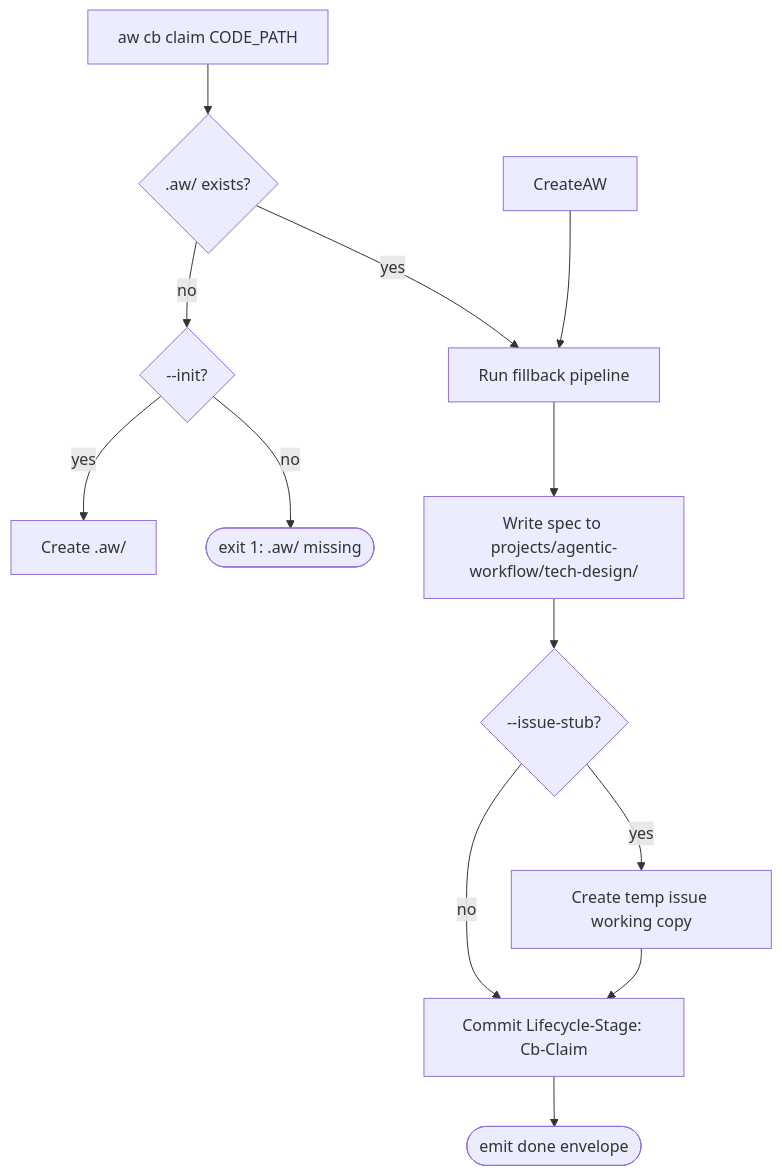
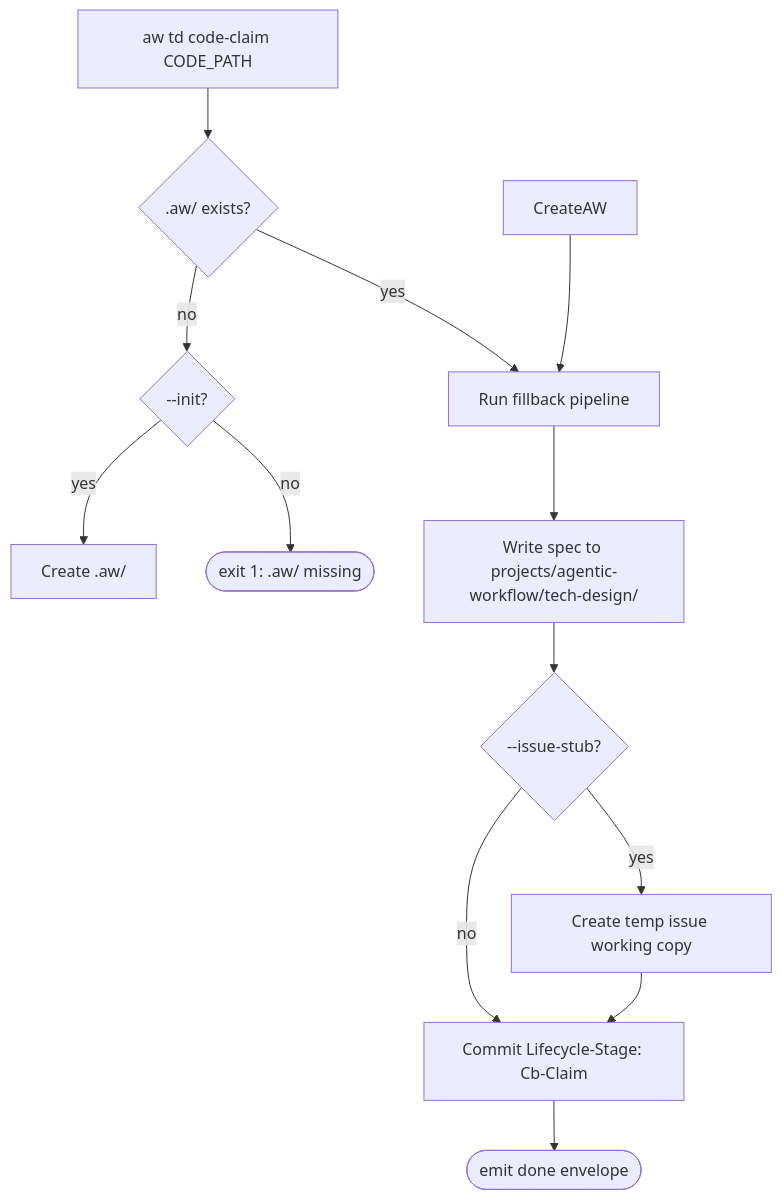
Before and after one commit to chrischeng-c4/axiom: the diagram in projects/agentic-workflow/templates/cli/mainthread/skills/aw-cb-claim/SKILL.md, drawn with Mermaid. The commit also changed other lines of this file and 1053 other files, not shown here.

````diff
--- a/projects/agentic-workflow/templates/cli/mainthread/skills/aw-cb-claim/SKILL.md
+++ b/projects/agentic-workflow/templates/cli/mainthread/skills/aw-cb-claim/SKILL.md
@@ -30,15 +30,15 @@
 ```mermaid
 flowchart TB
-    Start[aw cb claim CODE_PATH] --> AW{.aw/ exists?}
+    Start[aw td code-claim CODE_PATH] --> AW{.aw/ exists?}
     AW -- no --> Init{--init?}
     Init -- yes --> CreateAw[Create .aw/]
     Init -- no --> Err1([exit 1: .aw/ missing])
     AW -- yes --> Fill
     CreateAW --> Fill[Run fillback pipeline]
     Fill --> Spec[Write spec to projects/agentic-workflow/tech-design/]
     Spec --> Stub{--issue-stub?}
     Stub -- yes --> Issue[Create temp issue working copy]
     Stub -- no --> Trail
     Issue --> Trail[Commit Lifecycle-Stage: Cb-Claim]
     Trail --> Done([emit done envelope])
 ```
````
